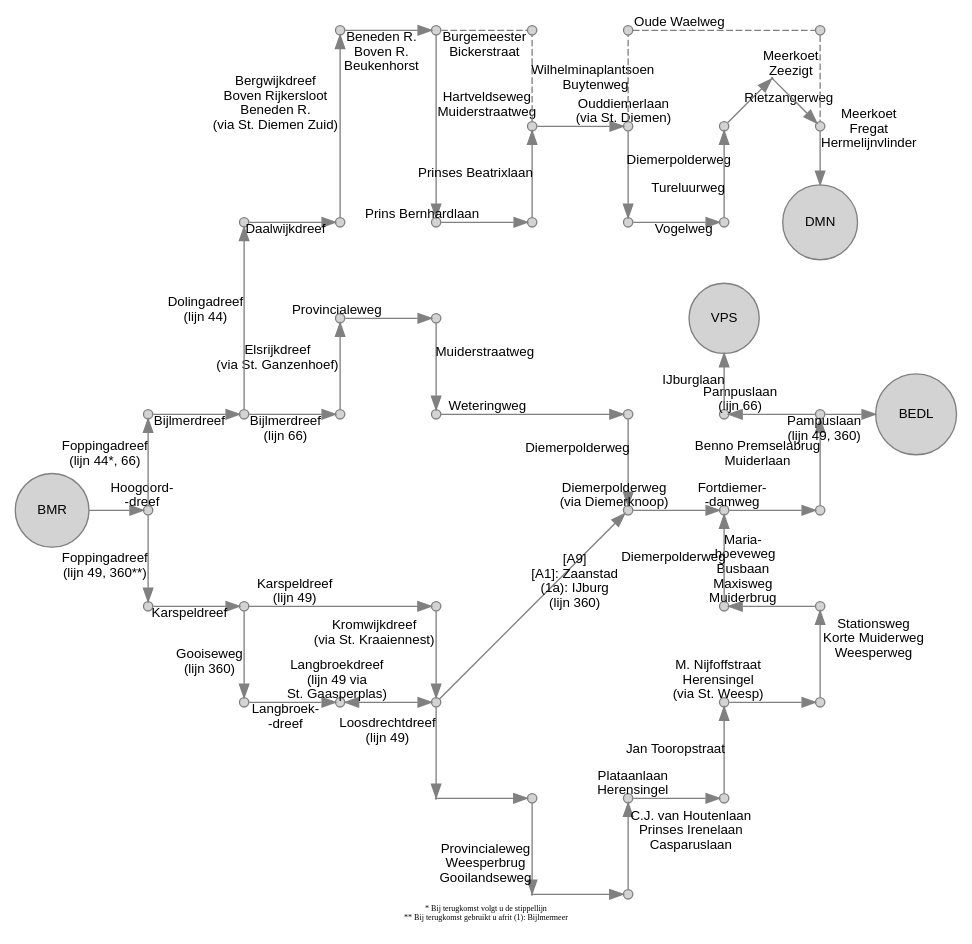
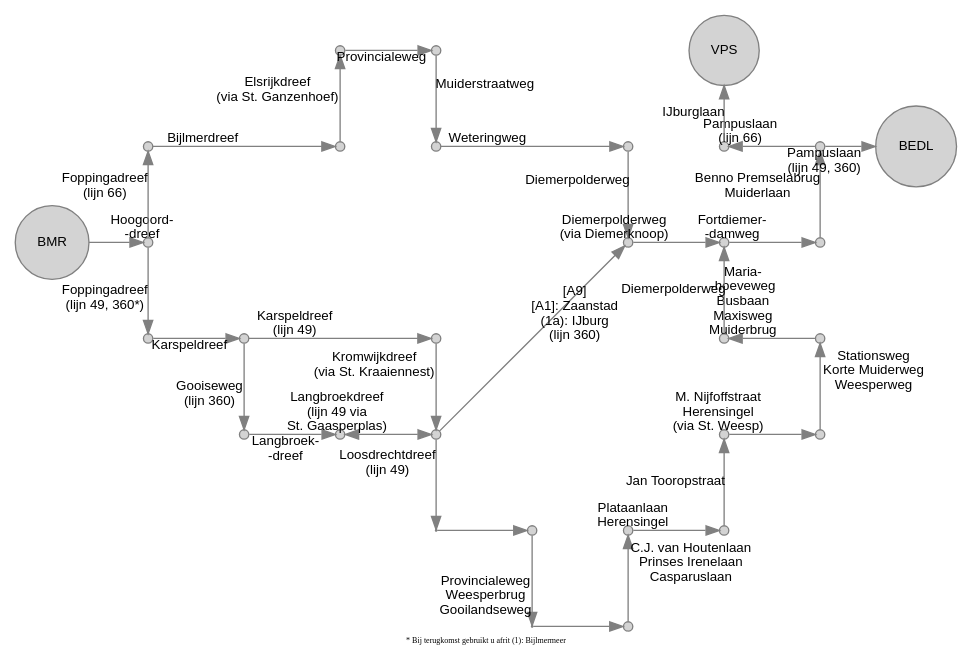
The diagram in gvb/BMR.gv (JacekPardyak/bus), drawn with Graphviz before and after one commit. The commit also changed other lines of this file and 26 other files, not shown here.

```diff
--- a/gvb/BMR.gv
+++ b/gvb/BMR.gv
@@ -1,167 +1,114 @@
 digraph G {
   layout = neato
   node [shape = circle, style = filled, fillcolor = lightgray, color = gray, height=0.1, label = "", fontsize = 10, fontname = "Arial"]
   edge [color = gray, fontsize = 10, fontname = "Arial"]
   4900 [pos = "0, 0!", label = "BMR"]
   4901 [pos = "1, 0!"]
   4902 [pos = "1,-1!"]
   4903 [pos = "2,-1!"]
   4904 [pos = "4,-1!"]
   4905 [pos = "4,-2!"]
   4906 [pos = "5,-3!"]
   4907 [pos = "5,-4!", height=0.01]
   4908 [pos = "6,-4!"]
   4909 [pos = "6,-3!"]
   4910 [pos = "7,-3!"]
   4911 [pos = "7,-2!"]
   4912 [pos = "8,-2!"]
   4913 [pos = "8,-1!"]
   4914 [pos = "7,-1!"]
   4915 [pos = "7, 0!"]
   4916 [pos = "8, 0!"]
   4917 [pos = "4,-3!", height=0.01]
 
   6601 [pos = "1, 1!"]
   6602 [pos = "3, 1!"]
   6603 [pos = "3, 2!"]
   6604 [pos = "4, 2!"]
   6605 [pos = "4, 1!"]
   6606 [pos = "6, 1!"]
   6607 [pos = "6, 0!"]
   6608 [pos = " 8, 1!"]
   6609 [pos = " 7, 1!"]
   6610 [pos = " 7, 2!", label = "VPS"]
 
   36001 [pos = "2,-2!"]
   36002 [pos = "3,-2!"]
   36003 [pos = " 9, 1!", label = "BEDL"]
   
-  4401 [pos = "2, 1!"]
-  4402 [pos = "2, 3!"]
-  4403 [pos = "3, 3!"]
-  4404 [pos = "3, 5!"]
-  4405 [pos = "4, 5!"]
-  4406 [pos = "4, 3!"]
-  4407 [pos = "5, 3!"]
-  4408 [pos = "5, 4!"]
-  4409 [pos = "6, 4!"]
-  4410 [pos = "6, 3!"]
-  4411 [pos = "7, 3!"]
-  4412 [pos = "7, 4!"]
-  4413 [pos = "7.5, 4.5!", height=0.01]
-  4415 [pos = "8, 3!", label = "DMN"]
-  4416 [pos = "5, 5!"]
-  4417 [pos = "6, 5!"]
-  4418 [pos = "8, 5!"]
-  4419 [pos = "8, 4!"]
-  
-  4408 -> 4416 [label = "Wilhelminaplantsoen", style = dashed, dir = "none"]
-  4405 -> 4416 [label = "Burgemeester 
- Bickerstraat", style = dashed, dir = "none"]
-  4409 -> 4417 [label = "Buytenweg", style = dashed, dir = "none"]
-  4417 -> 4418 [label = "Oude Waelweg", style = dashed, dir = "none"]
-  4418 -> 4419 [label = "Meerkoet 
- Zeezigt", style = dashed, dir = "none"]
 
   4900 -> 4901 [label = "Hoogoord- 
  -dreef"]
   4901 -> 4902 [label = "Foppingadreef 
- (lijn 49, 360**)"]
+ (lijn 49, 360*)"]
   4902 -> 4903 [label = "Karspeldreef"]
   4903 -> 4904 [label = "Karspeldreef 
  (lijn 49)"]
   4904 -> 4905 [label = "Kromwijkdreef 
  (via St. Kraaiennest)"]
   4905 -> 4917 [label = "Loosdrechtdreef 
  (lijn 49)"]
   4917 -> 4906 [label = ""]
   4906 -> 4907 [label = "Provincialeweg 
  Weesperbrug 
  Gooilandseweg"]
   4907 -> 4908 [label = ""]
   4908 -> 4909 [label = "C.J. van Houtenlaan 
  Prinses Irenelaan 
  Casparuslaan"]
   4909 -> 4910 [label = "Plataanlaan 
  Herensingel"]
   4910 -> 4911 [label = "Jan Tooropstraat"]
   4911 -> 4912 [label = "M. Nijfoffstraat 
  Herensingel 
  (via St. Weesp)"]
   4912 -> 4913 [label = "Stationsweg 
  Korte Muiderweg 
  Weesperweg"]
   4913 -> 4914 [label = "Maria- 
  -hoeveweg 
  Busbaan 
  Maxisweg 
  Muiderbrug"]
   4914 -> 4915 [label = "Diemerpolderweg"]
   4915 -> 4916 [label = "Fortdiemer-
 -damweg"]
   4916 -> 6608 [label = "Benno Premselabrug 
  Muiderlaan"]
   
 
   4903 -> 36001 [label = "Gooiseweg 
  (lijn 360)"]
   36001 -> 36002 [label = "Langbroek- 
  -dreef"]
   36002 -> 4905 [dir = "both", label = "Langbroekdreef 
  (lijn 49 via 
  St. Gaasperplas)"]
 
   4901 -> 6601 [label = "Foppingadreef 
- (lijn 44*, 66)"]
-  6601 -> 4401 [label = "Bijlmerdreef"]
-  4401 -> 6602 [label = "Bijlmerdreef 
  (lijn 66)"]
-  4401 -> 4402 [label = "Dolingadreef 
- (lijn 44)"]
-  4402 -> 4403 [label = "Daalwijkdreef"]
-  4403 -> 4404 [label = "Bergwijkdreef 
- Boven Rijkersloot 
- Beneden R. 
- (via St. Diemen Zuid)"]
-  4404 -> 4405 [label = "Beneden R. 
- Boven R.
- Beukenhorst"]
-  4405 -> 4406 [label = "Hartveldseweg 
- Muiderstraatweg"]
-  4406 -> 4407 [label = "Prins Bernhardlaan"]
-  4407 -> 4408 [label = "Prinses Beatrixlaan"]
-  4408 -> 4409 [label = "Ouddiemerlaan 
- (via St. Diemen)"]
-  4409 -> 4410 [label = "Diemerpolderweg"]
-  4410 -> 4411 [label = "Vogelweg"]
-  4411 -> 4412 [label = "Tureluurweg"]
-  4412 -> 4413 [label = "Rietzangerweg"]
-  4413 -> 4419
-  4419 -> 4415 [label = "Meerkoet 
- Fregat 
- Hermelijnvlinder"]
-  
+  6601 -> 6602 [label = "Bijlmerdreef"]
+
   6602 -> 6603 [label = "Elsrijkdreef 
  (via St. Ganzenhoef)"]
   6603 -> 6604 [label = "Provincialeweg"]
   6604 -> 6605 [label = "Muiderstraatweg"]
   6605 -> 6606 [label = "Weteringweg"]
 
   6606 -> 6607 [label = "Diemerpolderweg"]
   6607 -> 4915 [label = "Diemerpolderweg 
  (via Diemerknoop)"]
   6608 -> 36003 [label = "Pampuslaan 
  (lijn 49, 360)"]
   6608 -> 6609 [label = "Pampuslaan 
  (lijn 66)"]
   6609 -> 6610 [label = "IJburglaan"]
   4905 -> 6607 [label = "[A9] 
  [A1]: Zaanstad 
  (1a): IJburg 
  (lijn 360)"]
   
   labelloc="b"
-  label="* Bij terugkomst volgt u de stippellijn 
- ** Bij terugkomst gebruikt u afrit (1): Bijlmermeer"
+  label="* Bij terugkomst gebruikt u afrit (1): Bijlmermeer"
   fontsize=6
 }
```
